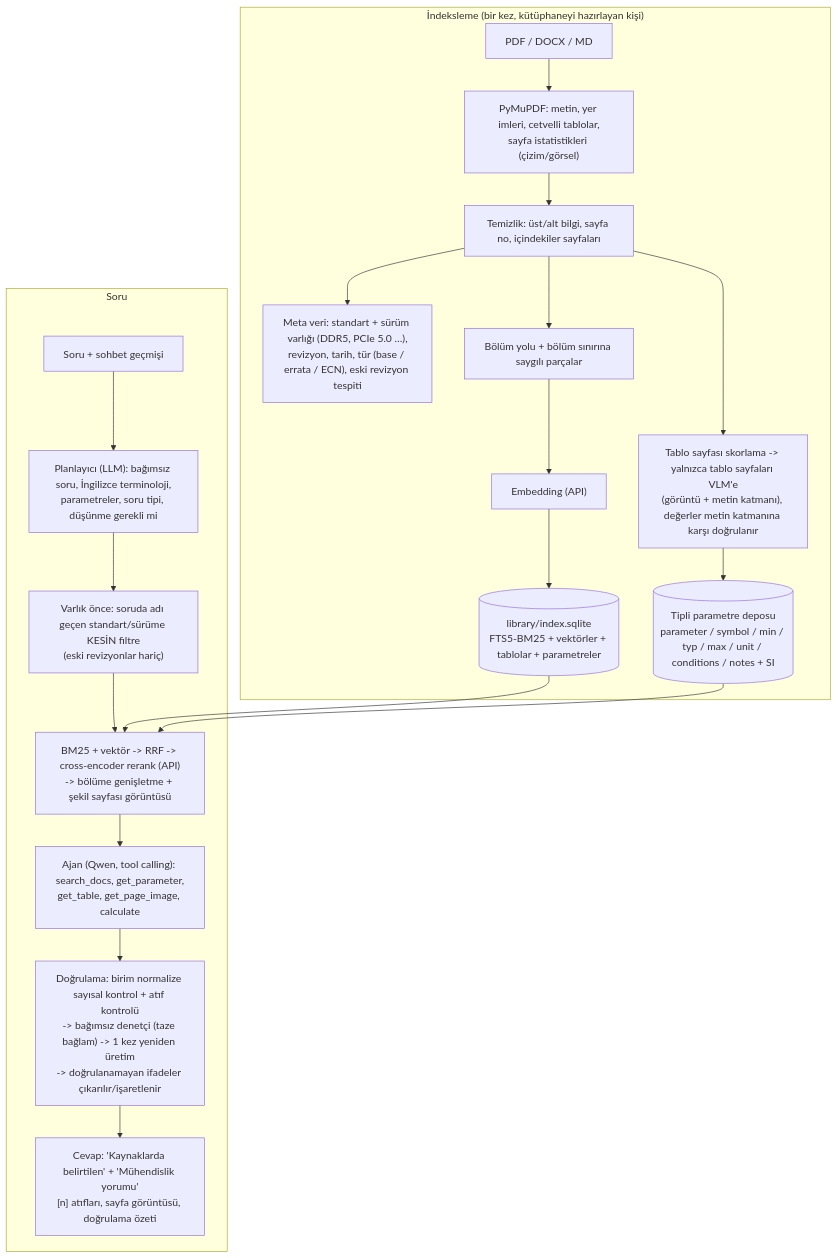
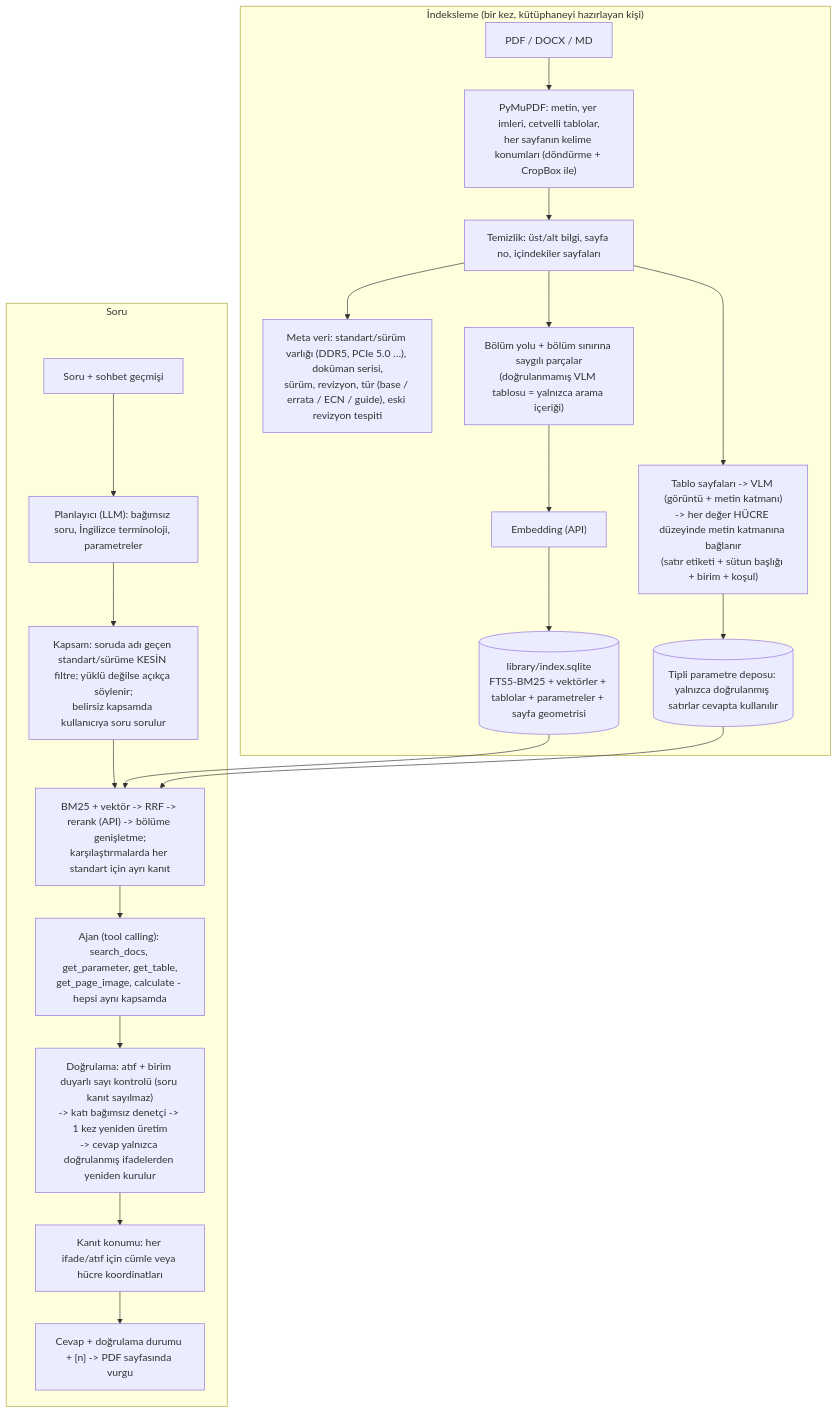
One commit to berkaytoptas12-commits/STU changed the diagram in README.md. Above: the diagram before and after it, drawn with Mermaid. The commit also changed other lines of this file and 38 other files, not shown here.

````diff
--- a/README.md
+++ b/README.md
@@ -16,23 +21,24 @@
 ```mermaid
 flowchart TB
     subgraph Ingest["İndeksleme (bir kez, kütüphaneyi hazırlayan kişi)"]
-        A["PDF / DOCX / MD"] --> B["PyMuPDF: metin, yer imleri, cetvelli tablolar,<br/>sayfa istatistikleri (çizim/görsel)"]
+        A["PDF / DOCX / MD"] --> B["PyMuPDF: metin, yer imleri, cetvelli tablolar,<br/>her sayfanın kelime konumları (döndürme + CropBox ile)"]
         B --> C["Temizlik: üst/alt bilgi, sayfa no, içindekiler sayfaları"]
-        C --> M["Meta veri: standart + sürüm varlığı (DDR5, PCIe 5.0 …),<br/>revizyon, tarih, tür (base / errata / ECN), eski revizyon tespiti"]
-        C --> V["Tablo sayfası skorlama -> yalnızca tablo sayfaları VLM'e<br/>(görüntü + metin katmanı), değerler metin katmanına karşı doğrulanır"]
-        V --> P[("Tipli parametre deposu<br/>parameter / symbol / min / typ / max / unit / conditions / notes + SI")]
-        C --> D["Bölüm yolu + bölüm sınırına saygılı parçalar"]
+        C --> M["Meta veri: standart/sürüm varlığı (DDR5, PCIe 5.0 …), doküman serisi,<br/>sürüm, revizyon, tür (base / errata / ECN / guide), eski revizyon tespiti"]
+        C --> V["Tablo sayfaları -> VLM (görüntü + metin katmanı)<br/>-> her değer HÜCRE düzeyinde metin katmanına bağlanır<br/>(satır etiketi + sütun başlığı + birim + koşul)"]
+        V --> P[("Tipli parametre deposu: yalnızca doğrulanmış satırlar cevapta kullanılır")]
+        C --> D["Bölüm yolu + bölüm sınırına saygılı parçalar<br/>(doğrulanmamış VLM tablosu = yalnızca arama içeriği)"]
         D --> E["Embedding (API)"]
-        E --> F[("library/index.sqlite<br/>FTS5-BM25 + vektörler + tablolar + parametreler")]
+        E --> F[("library/index.sqlite<br/>FTS5-BM25 + vektörler + tablolar + parametreler + sayfa geometrisi")]
     end
     subgraph Ask["Soru"]
-        Q["Soru + sohbet geçmişi"] --> PL["Planlayıcı (LLM): bağımsız soru, İngilizce terminoloji,<br/>parametreler, soru tipi, düşünme gerekli mi"]
-        PL --> R["Varlık önce: soruda adı geçen standart/sürüme KESİN filtre<br/>(eski revizyonlar hariç)"]
-        R --> S["BM25 + vektör -> RRF -> cross-encoder rerank (API)<br/>-> bölüme genişletme + şekil sayfası görüntüsü"]
+        Q["Soru + sohbet geçmişi"] --> PL["Planlayıcı (LLM): bağımsız soru, İngilizce terminoloji, parametreler"]
+        PL --> R["Kapsam: soruda adı geçen standart/sürüme KESİN filtre; yüklü değilse açıkça söylenir;<br/>belirsiz kapsamda kullanıcıya soru sorulur"]
+        R --> S["BM25 + vektör -> RRF -> rerank (API) -> bölüme genişletme;<br/>karşılaştırmalarda her standart için ayrı kanıt"]
         F --> S
         P --> S
-        S --> AG["Ajan (Qwen, tool calling): search_docs, get_parameter,<br/>get_table, get_page_image, calculate"]
-        AG --> VE["Doğrulama: birim normalize sayısal kontrol + atıf kontrolü<br/>-> bağımsız denetçi (taze bağlam) -> 1 kez yeniden üretim<br/>-> doğrulanamayan ifadeler çıkarılır/işaretlenir"]
-        VE --> X["Cevap: 'Kaynaklarda belirtilen' + 'Mühendislik yorumu'<br/>[n] atıfları, sayfa görüntüsü, doğrulama özeti"]
+        S --> AG["Ajan (tool calling): search_docs, get_parameter, get_table,<br/>get_page_image, calculate - hepsi aynı kapsamda"]
+        AG --> VE["Doğrulama: atıf + birim duyarlı sayı kontrolü (soru kanıt sayılmaz)<br/>-> katı bağımsız denetçi -> 1 kez yeniden üretim<br/>-> cevap yalnızca doğrulanmış ifadelerden yeniden kurulur"]
+        VE --> L["Kanıt konumu: her ifade/atıf için cümle veya hücre koordinatları"]
+        L --> X["Cevap + doğrulama durumu + [n] -> PDF sayfasında vurgu"]
     end
 ```
````
